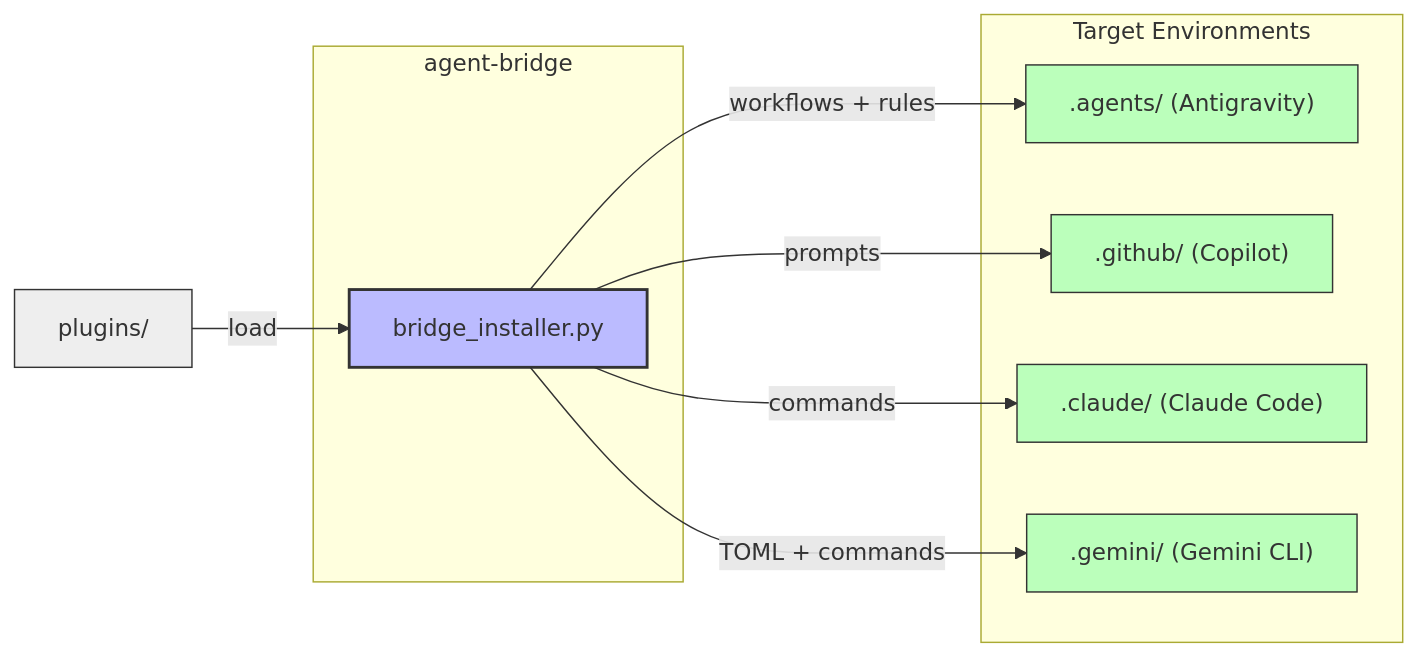
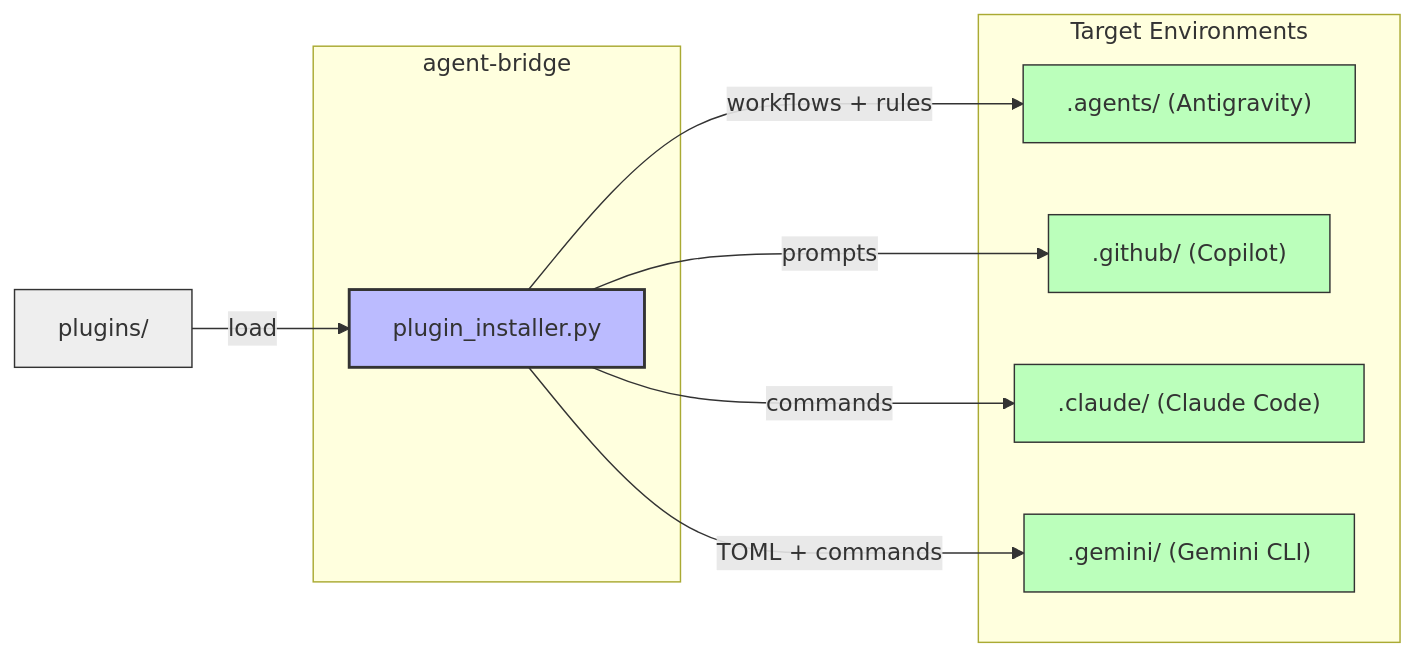
One commit to richfrem/agent-plugins-skills changed the diagram in plugins/plugin-manager/assets/diagrams/agent_bridge_diagram.mmd. Above: the diagram before and after it, drawn with Mermaid. The commit also changed 35 other files, not shown here.

Commit message:
updated plugin installer no longer needs symlinks in .agent or .github or .gemini since those agents all recognize .agents folder now

```diff
--- a/plugins/plugin-manager/assets/diagrams/agent_bridge_diagram.mmd
+++ b/plugins/plugin-manager/assets/diagrams/agent_bridge_diagram.mmd
@@ -1,28 +1,28 @@
 flowchart LR
     Plugins["plugins/"]
 
     subgraph Bridge ["agent-bridge"]
-        BI["bridge_installer.py"]
+        BI["plugin_installer.py"]
     end
 
     subgraph Agents ["Target Environments"]
         Antigravity[".agents/ (Antigravity)"]
         Copilot[".github/ (Copilot)"]
         Claude[".claude/ (Claude Code)"]
         Gemini[".gemini/ (Gemini CLI)"]
     end
 
     Plugins -->|"load"| BI
 
     BI -->|"workflows + rules"| Antigravity
     BI -->|"prompts"| Copilot
     BI -->|"commands"| Claude
     BI -->|"TOML + commands"| Gemini
 
     classDef source fill:#eee,stroke:#333
     classDef bridge fill:#bbf,stroke:#333,stroke-width:2px
     classDef agent fill:#bfb,stroke:#333
 
     class Plugins source
     class BI bridge
     class Antigravity,Copilot,Claude,Gemini agent
```
